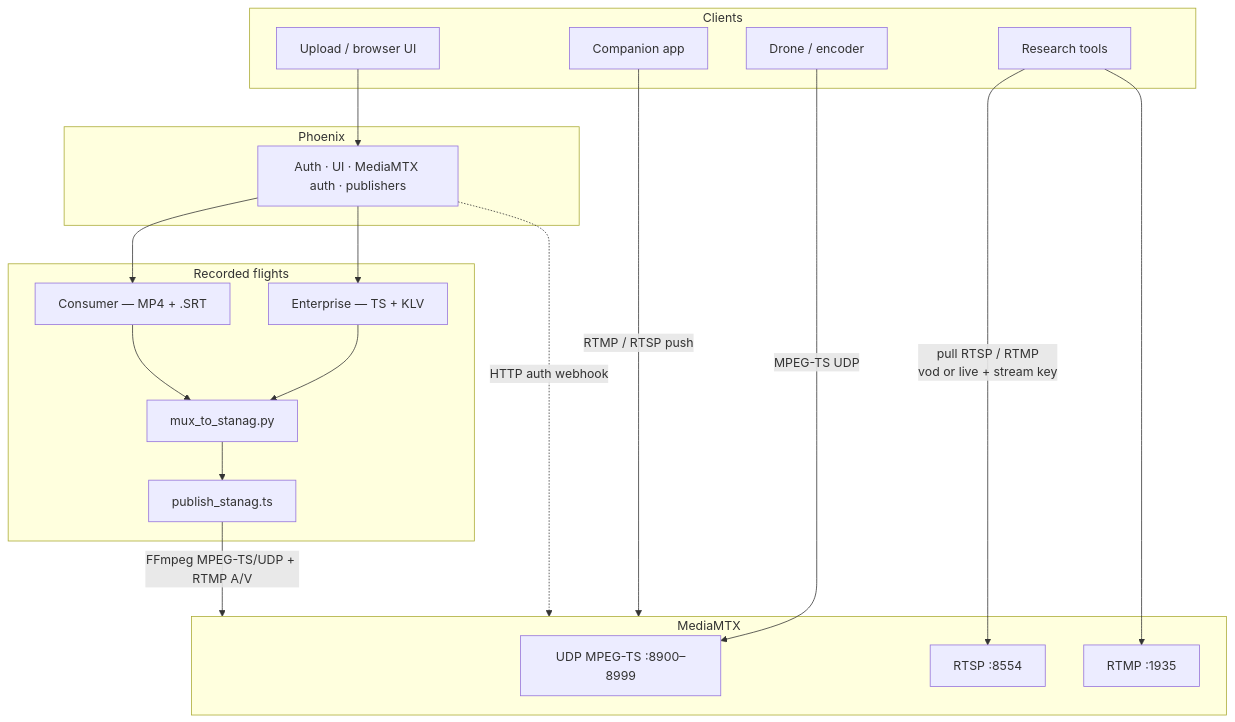
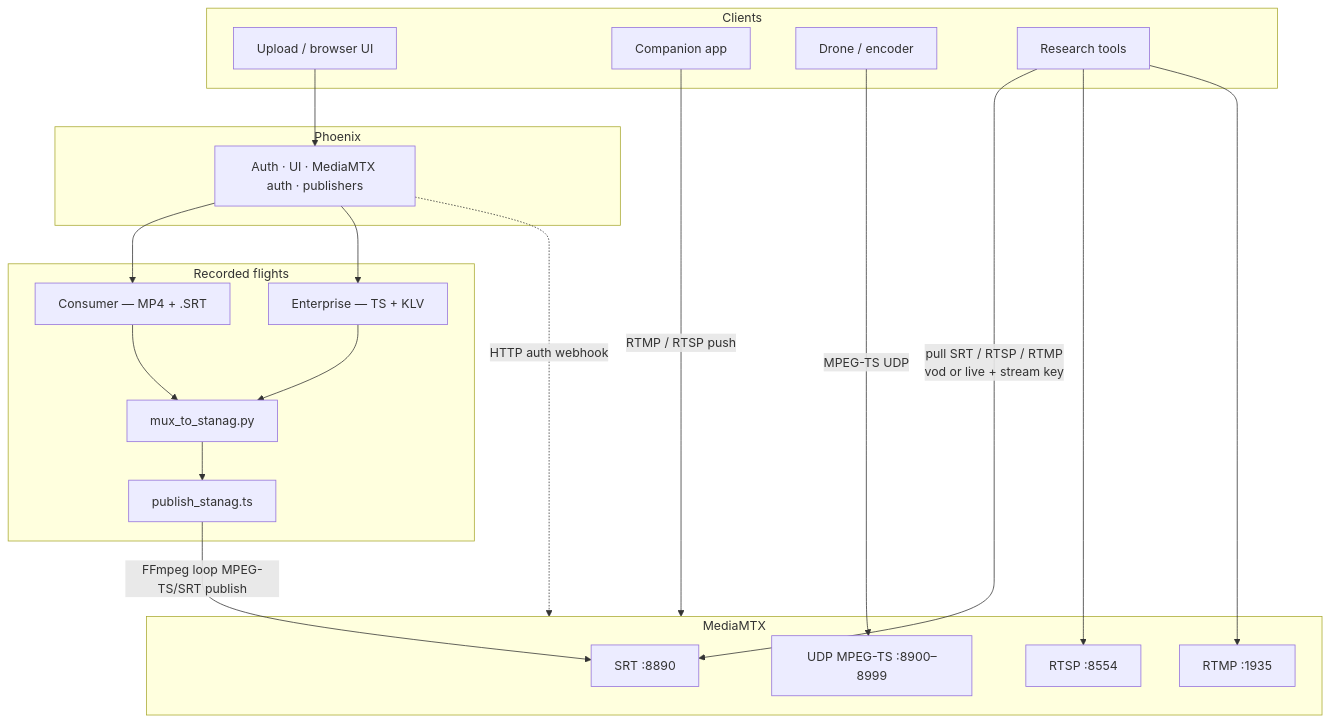
One commit to tfeuerbach/dronefeed changed the diagram in README.md. Above: the diagram before and after it, drawn with Mermaid. The commit also changed other lines of this file and 7 other files, not shown here.

````diff
--- a/README.md
+++ b/README.md
@@ -23,39 +23,41 @@
 ```mermaid
 flowchart TB
   subgraph clients["Clients"]
     UP["Upload / browser UI"]
     COMP["Companion app"]
     DRONE["Drone / encoder"]
     PULL["Research tools"]
   end
 
   subgraph phoenix["Phoenix"]
     WEB["Auth · UI · MediaMTX auth · publishers"]
   end
 
   subgraph recorded["Recorded flights"]
     DJI["Consumer — MP4 + .SRT"]
     ENT["Enterprise — TS + KLV"]
     MUX["mux_to_stanag.py"]
     TS["publish_stanag.ts"]
     DJI --> MUX
     ENT --> MUX
     MUX --> TS
   end
 
   subgraph mtx["MediaMTX"]
+    SRT_P["SRT :8890"]
     UDP_IN["UDP MPEG-TS :8900–8999"]
     RTMP_P["RTMP :1935"]
     RTSP_P["RTSP :8554"]
   end
 
   UP --> WEB
   WEB --> DJI
   WEB --> ENT
-  TS -->|FFmpeg MPEG-TS/UDP + RTMP A/V| mtx
+  TS -->|FFmpeg loop MPEG-TS/SRT publish| SRT_P
   COMP -->|RTMP / RTSP push| mtx
   DRONE -->|MPEG-TS UDP| UDP_IN
-  PULL -->|pull RTSP / RTMP<br/>vod or live + stream key| RTSP_P
+  PULL -->|pull SRT / RTSP / RTMP<br/>vod or live + stream key| SRT_P
+  PULL --> RTSP_P
   PULL --> RTMP_P
   WEB -.->|HTTP auth webhook| mtx
 ```
````
